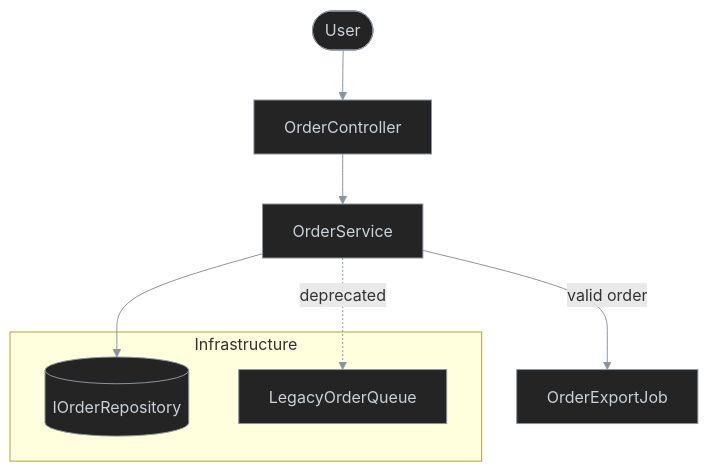
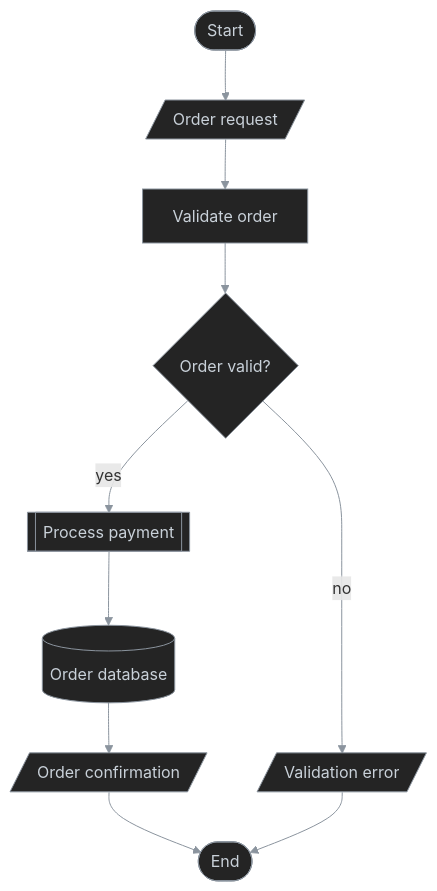
Before and after one commit to antshc/brain: the first of 8 diagrams in plugins/wf/skills/behavior-diagram/README.md, drawn with Mermaid. The commit also changed other lines of this file, not shown here.

Commit message:
Extend behavior diagram examples and prompts

````diff
--- a/plugins/wf/skills/behavior-diagram/README.md
+++ b/plugins/wf/skills/behavior-diagram/README.md
@@ -10,23 +14,19 @@
 ```mermaid
 %%{init: {'themeVariables': {'lineColor': '#8b949e'}}}%%
 flowchart TD
-    User(["User"])
-    Api["OrderController"]
-    Svc["OrderService"]
-    Repo[("IOrderRepository")]
-    Queue["OrderExportJob"]
-    Legacy["LegacyOrderQueue"]
+    start(["Start"])
+    request[/"Order request"/]
+    validate["Validate order"]
+    valid{"Order valid?"}
+    payment[["Process payment"]]
+    orders[("Order database")]
+    confirmation[/"Order confirmation"/]
+    rejected[/"Validation error"/]
+    endNode(["End"])
 
-    User --> Api
-    Api --> Svc
-    Svc --> Repo
-    Svc -- valid order --> Queue
-    Svc -. deprecated .-> Legacy
-
-    subgraph Infrastructure
-        Repo
-        Legacy
-    end
+    start --> request --> validate --> valid
+    valid -- yes --> payment --> orders --> confirmation --> endNode
+    valid -- no --> rejected --> endNode
 
     classDef default fill:#242424,stroke:#8b949e,color:#c9d1d9,stroke-width:1px
 ```
````
